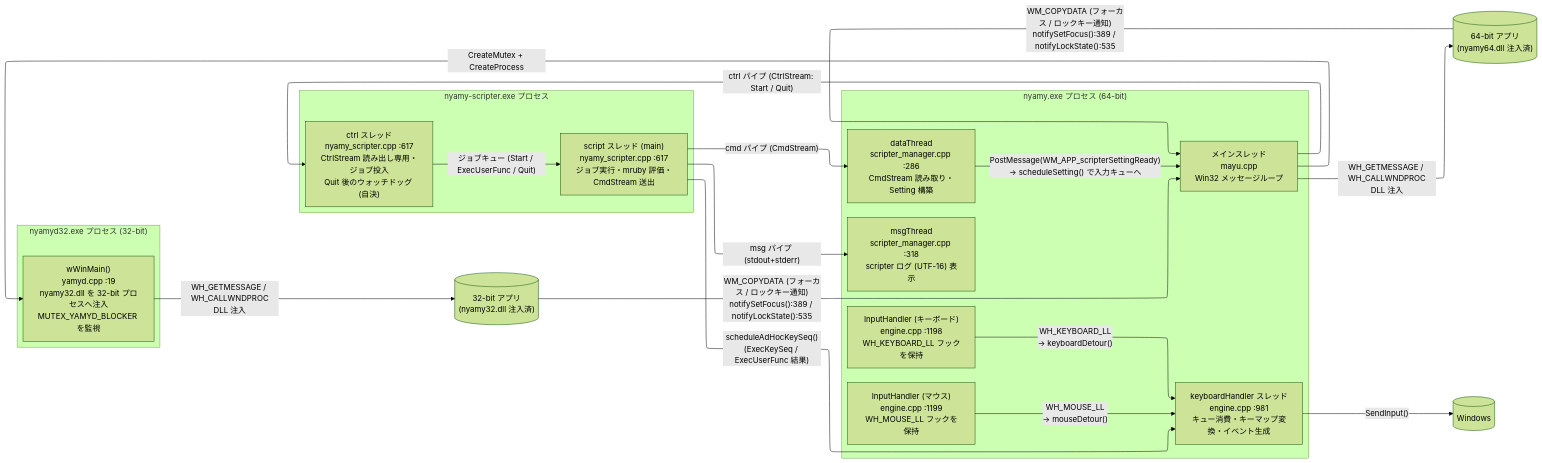
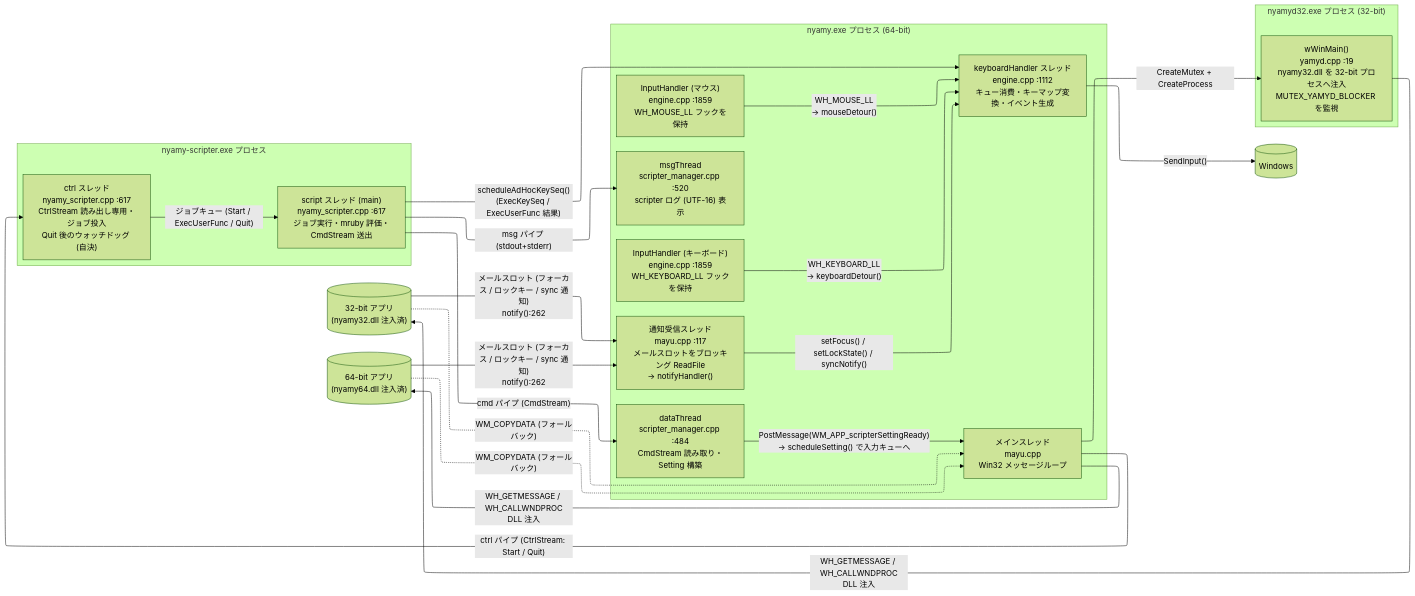
One commit to vmi/nyamy changed the fifth of 7 diagrams in doc/event-flow.md. Above: the diagram before and after it, drawn with Mermaid (forest theme). The commit also changed other lines of this file, not shown here.

First line of the commit message:
event-flow.md をスレッド構成・通知経路の変更に追従させる

````diff
--- a/doc/event-flow.md
+++ b/doc/event-flow.md
@@ -269,43 +299,47 @@
 ```mermaid
 ---
 config:
   layout: elk
 ---
 flowchart LR
     subgraph proc_nyamy["nyamy.exe プロセス (64-bit)"]
         T_main["メインスレッド<br>mayu.cpp<br>Win32 メッセージループ"]
-        T_kb["InputHandler (キーボード)<br>engine.cpp :1198<br>WH_KEYBOARD_LL フックを保持"]
-        T_mouse["InputHandler (マウス)<br>engine.cpp :1199<br>WH_MOUSE_LL フックを保持"]
-        T_handler["keyboardHandler スレッド<br>engine.cpp :981<br>キュー消費・キーマップ変換・イベント生成"]
-        T_data["dataThread<br>scripter_manager.cpp :286<br>CmdStream 読み取り・Setting 構築"]
-        T_msg["msgThread<br>scripter_manager.cpp :318<br>scripter ログ (UTF-16) 表示"]
+        T_notify["通知受信スレッド<br>mayu.cpp :117<br>メールスロットをブロッキング ReadFile<br>→ notifyHandler()"]
+        T_kb["InputHandler (キーボード)<br>engine.cpp :1859<br>WH_KEYBOARD_LL フックを保持"]
+        T_mouse["InputHandler (マウス)<br>engine.cpp :1859<br>WH_MOUSE_LL フックを保持"]
+        T_handler["keyboardHandler スレッド<br>engine.cpp :1112<br>キュー消費・キーマップ変換・イベント生成"]
+        T_data["dataThread<br>scripter_manager.cpp :484<br>CmdStream 読み取り・Setting 構築"]
+        T_msg["msgThread<br>scripter_manager.cpp :520<br>scripter ログ (UTF-16) 表示"]
     end
 
     subgraph proc_nyamyd["nyamyd32.exe プロセス (32-bit)"]
         T_nyamyd["wWinMain()<br>yamyd.cpp :19<br>nyamy32.dll を 32-bit プロセスへ注入<br>MUTEX_YAMYD_BLOCKER を監視"]
     end
 
     subgraph proc_sc["nyamy-scripter.exe プロセス"]
         T_scctrl["ctrl スレッド<br>nyamy_scripter.cpp :617<br>CtrlStream 読み出し専用・ジョブ投入<br>Quit 後のウォッチドッグ (自決)"]
         T_sc["script スレッド (main)<br>nyamy_scripter.cpp :617<br>ジョブ実行・mruby 評価・CmdStream 送出"]
     end
 
     App32[("32-bit アプリ<br>(nyamy32.dll 注入済)")]
     App64[("64-bit アプリ<br>(nyamy64.dll 注入済)")]
     Windows[(Windows)]
 
     T_kb -->|"WH_KEYBOARD_LL<br>→ keyboardDetour()"| T_handler
     T_mouse -->|"WH_MOUSE_LL<br>→ mouseDetour()"| T_handler
     T_handler -->|"SendInput()"| Windows
     T_data -->|"PostMessage(WM_APP_scripterSettingReady)<br>→ scheduleSetting() で入力キューへ"| T_main
     T_sc -->|"cmd パイプ (CmdStream)"| T_data
     T_sc -->|"msg パイプ (stdout+stderr)"| T_msg
     T_main -->|"ctrl パイプ (CtrlStream: Start / Quit)"| T_scctrl
     T_scctrl -->|"ジョブキュー (Start / ExecUserFunc / Quit)"| T_sc
     T_main -->|"CreateMutex + CreateProcess"| T_nyamyd
     T_nyamyd -->|"WH_GETMESSAGE / WH_CALLWNDPROC<br>DLL 注入"| App32
     T_main -->|"WH_GETMESSAGE / WH_CALLWNDPROC<br>DLL 注入"| App64
-    App32 -->|"WM_COPYDATA (フォーカス / ロックキー通知)<br>notifySetFocus():389 / notifyLockState():535"| T_main
-    App64 -->|"WM_COPYDATA (フォーカス / ロックキー通知)<br>notifySetFocus():389 / notifyLockState():535"| T_main
+    App32 -->|"メールスロット (フォーカス / ロックキー / sync 通知)<br>notify():262"| T_notify
+    App64 -->|"メールスロット (フォーカス / ロックキー / sync 通知)<br>notify():262"| T_notify
+    App32 -.->|"WM_COPYDATA (フォールバック)"| T_main
+    App64 -.->|"WM_COPYDATA (フォールバック)"| T_main
+    T_notify -->|"setFocus() / setLockState() / syncNotify()"| T_handler
     T_sc -->|"scheduleAdHocKeySeq()<br>(ExecKeySeq / ExecUserFunc 結果)"| T_handler
 ```
````
